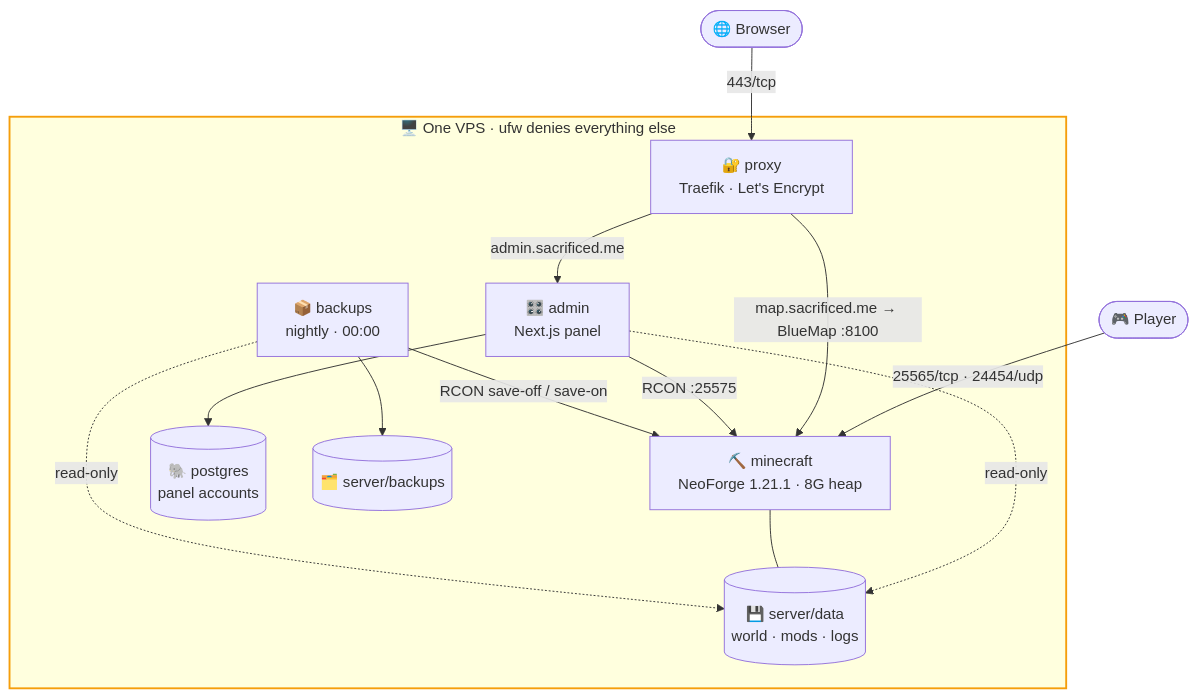
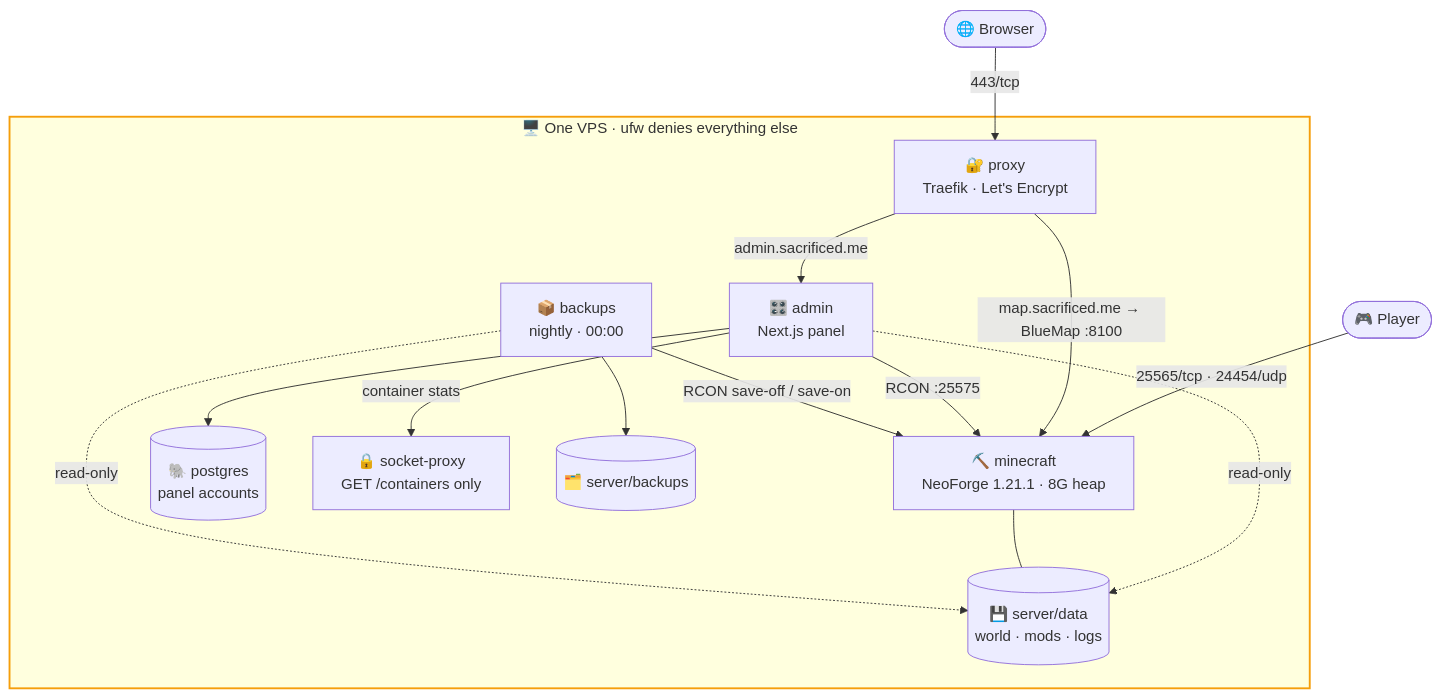
One commit to sacrificed666/minecraft-server changed the diagram in README.md. Above: the diagram before and after it, drawn with Mermaid. The commit also changed other lines of this file and 90 other files, not shown here.

````diff
--- a/README.md
+++ b/README.md
@@ -25,27 +26,29 @@
 ```mermaid
 flowchart TB
     Player(["🎮 Player"]) -->|"25565/tcp · 24454/udp"| MC
     Browser(["🌐 Browser"]) -->|"443/tcp"| TR
 
     subgraph host ["🖥️ One VPS · ufw denies everything else"]
         TR["🔐 proxy<br/>Traefik · Let's Encrypt"]
         MC["⛏️ minecraft<br/>NeoForge 1.21.1 · 8G heap"]
         AD["🎛️ admin<br/>Next.js panel"]
         PG[("🐘 postgres<br/>panel accounts")]
         BK["📦 backups<br/>nightly · 00:00"]
+        SP["🔒 socket-proxy<br/>GET /containers only"]
         DATA[("💾 server/data<br/>world · mods · logs")]
         ARCH[("🗂️ server/backups")]
 
         TR -->|"admin.sacrificed.me"| AD
         TR -->|"map.sacrificed.me → BlueMap :8100"| MC
         AD -->|"RCON :25575"| MC
         AD --> PG
+        AD -->|"container stats"| SP
         AD -.->|read-only| DATA
         MC --- DATA
         BK -->|"RCON save-off / save-on"| MC
         BK -.->|read-only| DATA
         BK --> ARCH
     end
 
     style host stroke:#f59e0b,stroke-width:2px
 ```
````
